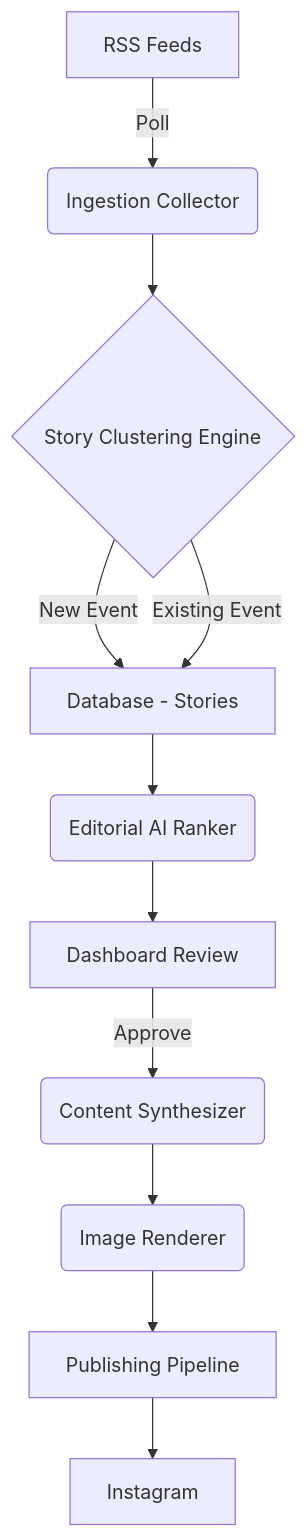
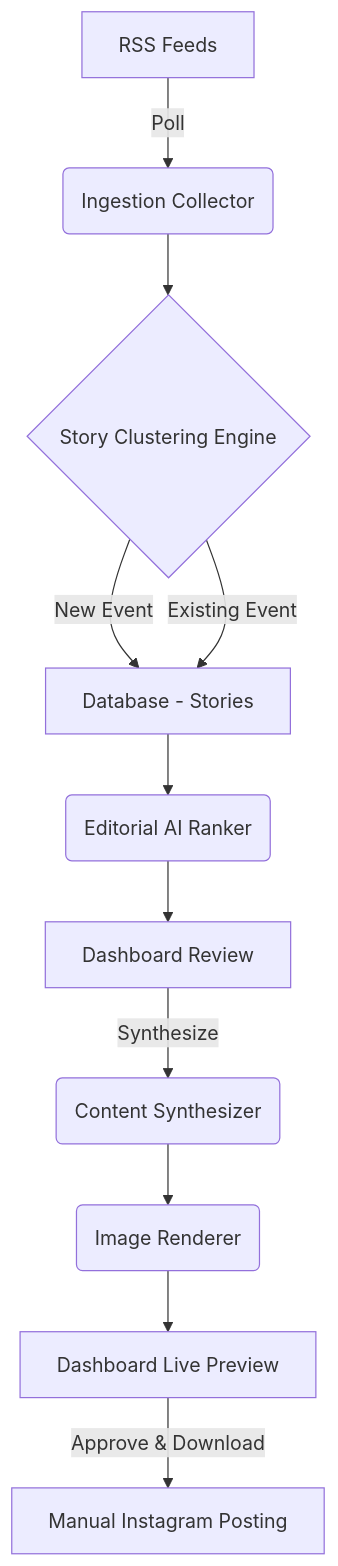
One commit to mufasa027/BriefBot changed the diagram in README.md. Above: the diagram before and after it, drawn with Mermaid. The commit also changed other lines of this file and 16 other files, not shown here.

Commit message:
Refactor: transition from automated to manual publishing workflow

````diff
--- a/README.md
+++ b/README.md
@@ -29,13 +29,13 @@
 ```mermaid
 graph TD
     A[RSS Feeds] -->|Poll| B(Ingestion Collector)
     B --> C{Story Clustering Engine}
     C -->|New Event| D[Database - Stories]
     C -->|Existing Event| D
     D --> E(Editorial AI Ranker)
     E --> F[Dashboard Review]
-    F -->|Approve| G(Content Synthesizer)
+    F -->|Synthesize| G(Content Synthesizer)
     G --> H(Image Renderer)
-    H --> I[Publishing Pipeline]
-    I --> J[Instagram]
+    H --> I[Dashboard Live Preview]
+    I -->|Approve & Download| J[Manual Instagram Posting]
 ```
````
